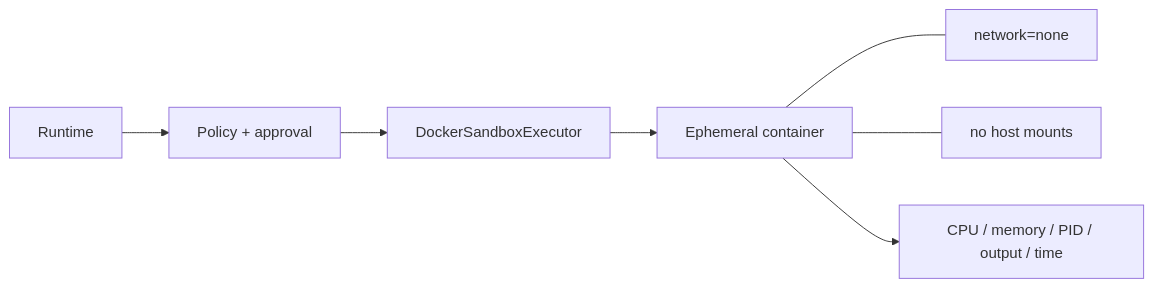
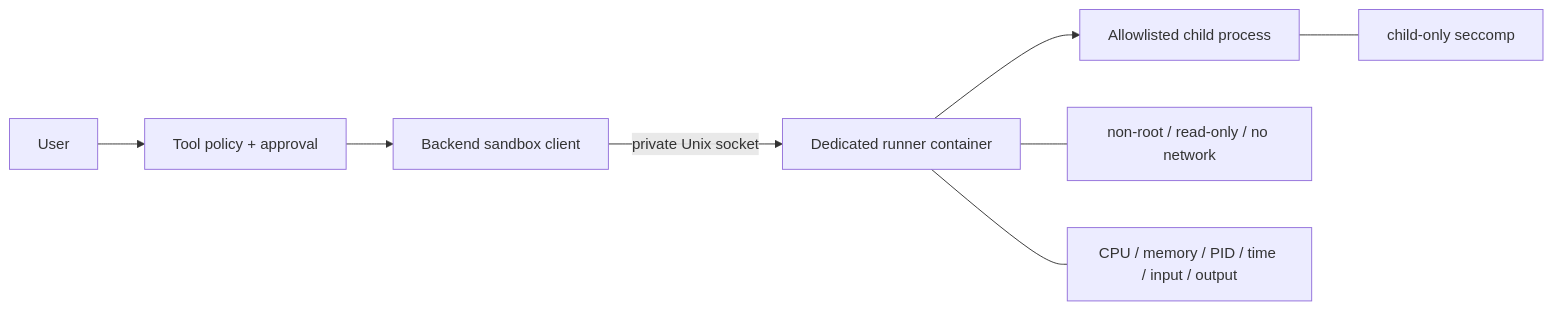
The first of 2 diagrams in docs/course/concepts/execution-isolation-sandbox.md (levalencia/archon), drawn with Mermaid before and after one commit. The commit also changed other lines of this file and 15 other files, not shown here.

````diff
--- a/docs/course/concepts/execution-isolation-sandbox.md
+++ b/docs/course/concepts/execution-isolation-sandbox.md
@@ -19,9 +15,10 @@
 ```mermaid
 flowchart LR
-    Runtime --> Approval[Policy + approval]
-    Approval --> Executor[DockerSandboxExecutor]
-    Executor --> Container[Ephemeral container]
-    Container --- NoNetwork[network=none]
-    Container --- NoMount[no host mounts]
-    Container --> Bounded[CPU / memory / PID / output / time]
+    User --> Policy[Tool policy + approval]
+    Policy --> Backend[Backend sandbox client]
+    Backend -->|private Unix socket| Runner[Dedicated runner container]
+    Runner --> Child[Allowlisted child process]
+    Runner --- Isolation[non-root / read-only / no network]
+    Runner --- Bounds[CPU / memory / PID / time / input / output]
+    Child --- Seccomp[child-only seccomp]
 ```
````
